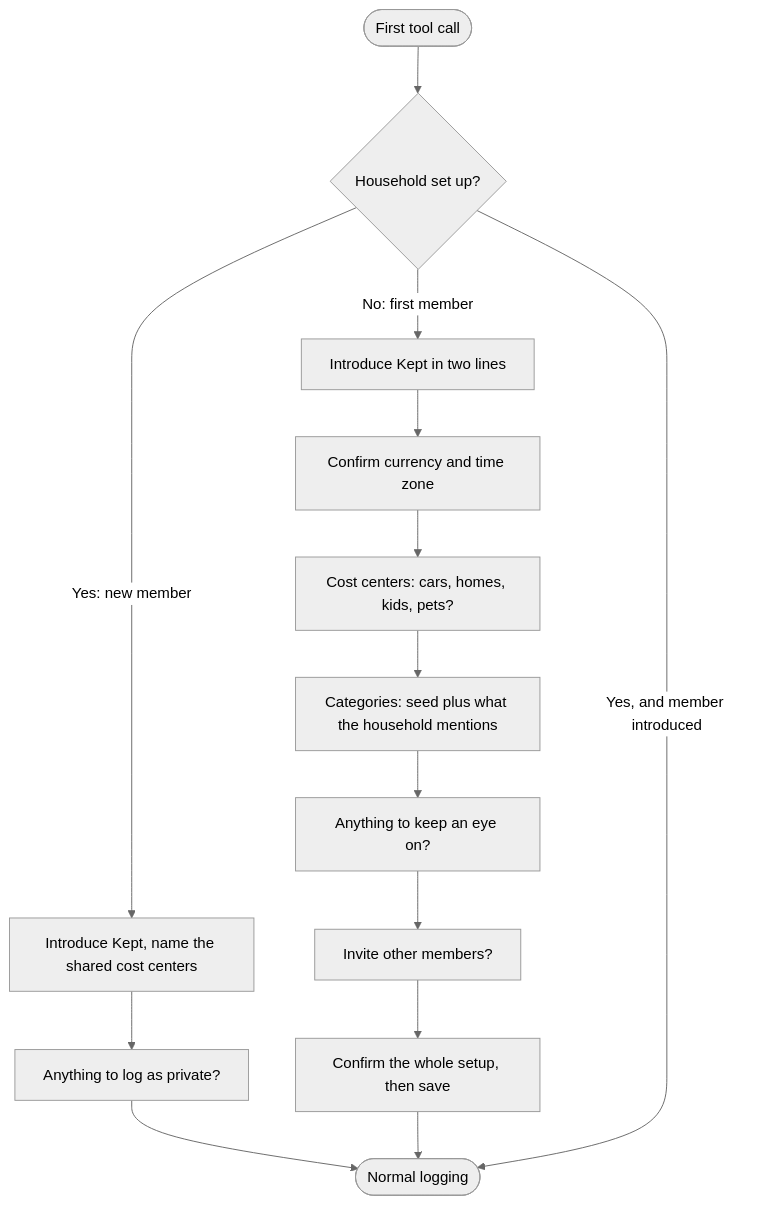
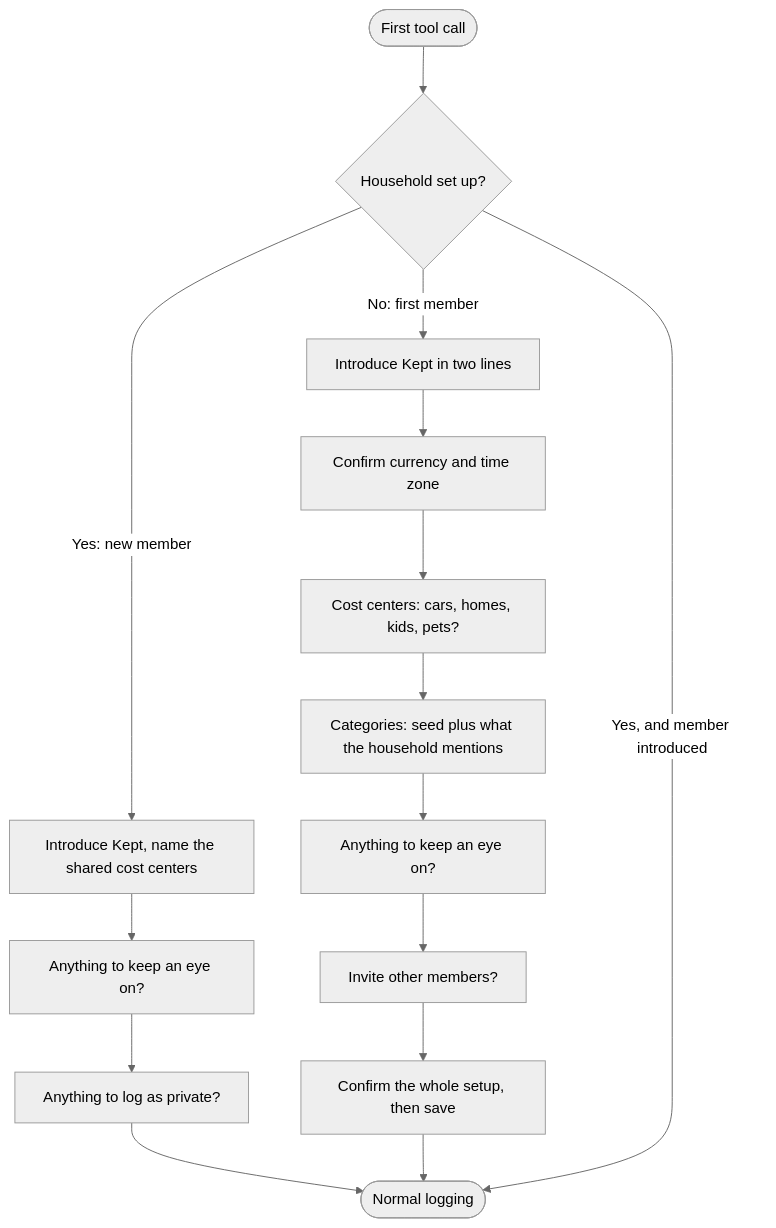
One commit to np25071984/kept changed the third of 3 diagrams in docs/VISION.md. Above: the diagram before and after it, drawn with Mermaid (neutral theme). The commit also changed other lines of this file and 17 other files, not shown here.

````diff
--- a/docs/VISION.md
+++ b/docs/VISION.md
@@ -323,16 +323,17 @@
 ```mermaid
 flowchart TD
     Start(["First tool call"]) --> State{"Household set up?"}
     State -- "No: first member" --> Intro["Introduce Kept in two lines"]
     Intro --> Basics["Confirm currency and time zone"]
     Basics --> CC["Cost centers: cars, homes, kids, pets?"]
     CC --> Cat["Categories: seed plus what the household mentions"]
     Cat --> Watch["Anything to keep an eye on?"]
     Watch --> Invite["Invite other members?"]
     Invite --> Confirm["Confirm the whole setup, then save"]
     State -- "Yes: new member" --> Intro2["Introduce Kept, name the shared cost centers"]
-    Intro2 --> Private["Anything to log as private?"]
+    Intro2 --> Watch2["Anything to keep an eye on?"]
+    Watch2 --> Private["Anything to log as private?"]
     Private --> Done(["Normal logging"])
     Confirm --> Done
     State -- "Yes, and member introduced" --> Done
 ```
````
